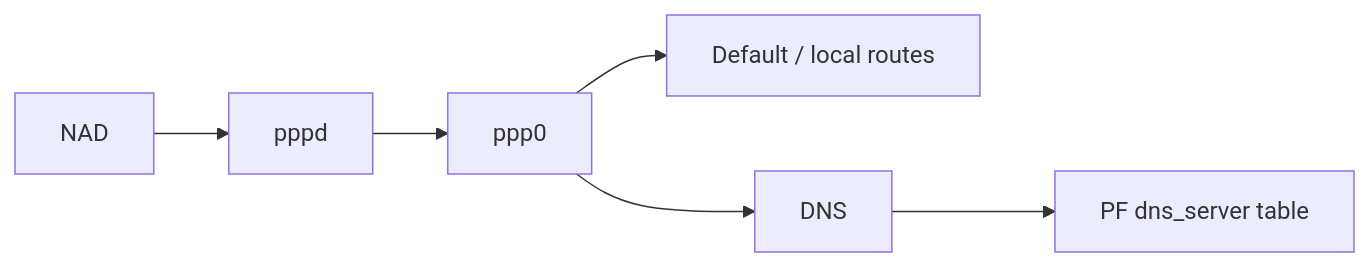
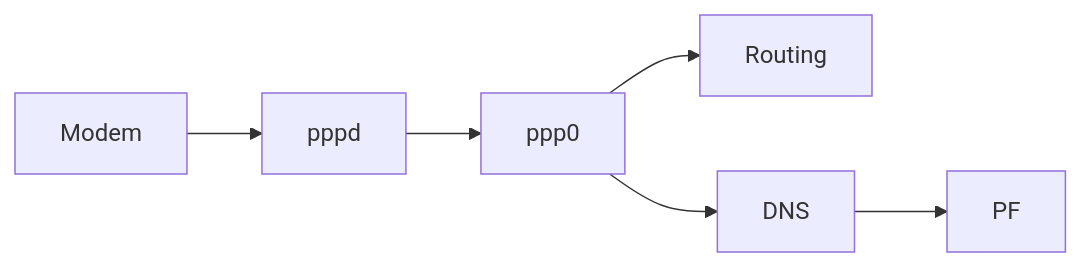
Before and after one commit to joeyQuery/MHI2-Wireless-CarPlay: diagram 19 of 22 in docs/wifi.md, drawn with Mermaid. The commit also changed other lines of this file, not shown here.

````diff
--- a/docs/wifi.md
+++ b/docs/wifi.md
@@ -597,17 +605,15 @@
 ```mermaid
 flowchart LR
-    NAD["NAD"]
+    MODEM["Modem"]
     PPPD["pppd"]
     PPP0["ppp0"]
+    ROUTING["Routing"]
+    DNS["DNS"]
+    PF["PF"]
 
-    ROUTE["Default / local routes"]
-    DNS["DNS"]
-    PF["PF dns_server table"]
-
-    NAD --> PPPD
+    MODEM --> PPPD
     PPPD --> PPP0
-
-    PPP0 --> ROUTE
+    PPP0 --> ROUTING
     PPP0 --> DNS
     DNS --> PF
 ```
````
